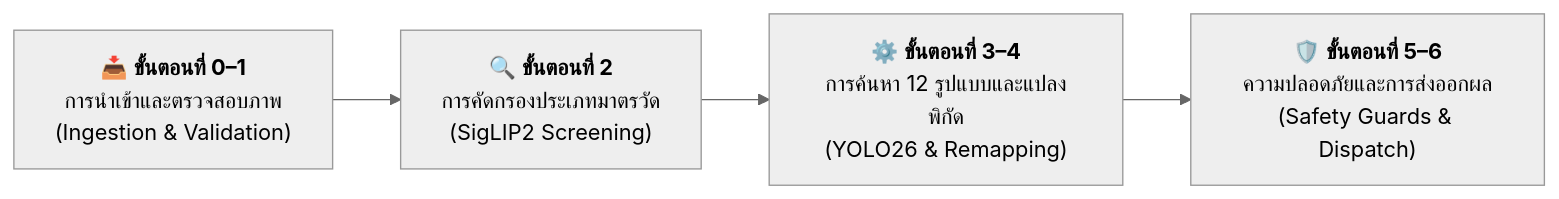
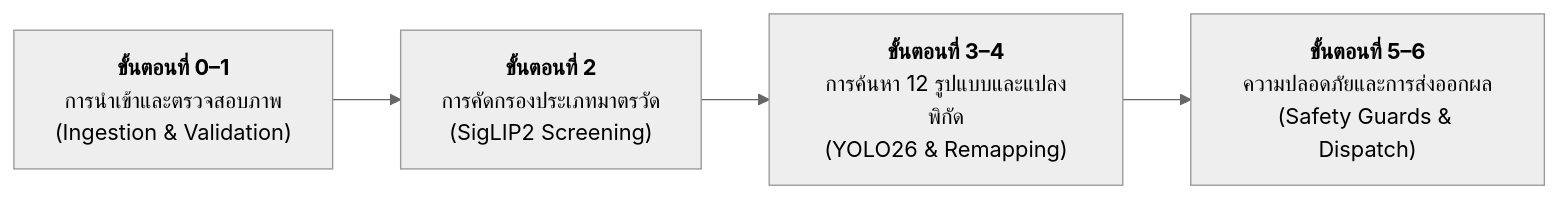
The second of 17 diagrams in TUTORIAL.md (jirathxz/meter-reader), drawn with Mermaid (neutral theme) before and after one commit. The commit also changed other lines of this file and 1 other file, not shown here.

Commit message:
style(docs): remove all emojis across documentation and mermaid diagrams

````diff
--- a/TUTORIAL.md
+++ b/TUTORIAL.md
@@ -392,6 +392,6 @@
 ```mermaid
 flowchart LR
-  S1["📥 <b>ขั้นตอนที่ 0–1</b><br/>การนำเข้าและตรวจสอบภาพ<br/>(Ingestion & Validation)"] --> S2["🔍 <b>ขั้นตอนที่ 2</b><br/>การคัดกรองประเภทมาตรวัด<br/>(SigLIP2 Screening)"]
-  S2 --> S3["⚙️ <b>ขั้นตอนที่ 3–4</b><br/>การค้นหา 12 รูปแบบและแปลงพิกัด<br/>(YOLO26 & Remapping)"]
-  S3 --> S4["🛡️ <b>ขั้นตอนที่ 5–6</b><br/>ความปลอดภัยและการส่งออกผล<br/>(Safety Guards & Dispatch)"]
+  S1["<b>ขั้นตอนที่ 0–1</b><br/>การนำเข้าและตรวจสอบภาพ<br/>(Ingestion & Validation)"] --> S2["<b>ขั้นตอนที่ 2</b><br/>การคัดกรองประเภทมาตรวัด<br/>(SigLIP2 Screening)"]
+  S2 --> S3["<b>ขั้นตอนที่ 3–4</b><br/>การค้นหา 12 รูปแบบและแปลงพิกัด<br/>(YOLO26 & Remapping)"]
+  S3 --> S4["<b>ขั้นตอนที่ 5–6</b><br/>ความปลอดภัยและการส่งออกผล<br/>(Safety Guards & Dispatch)"]
 ```
````
